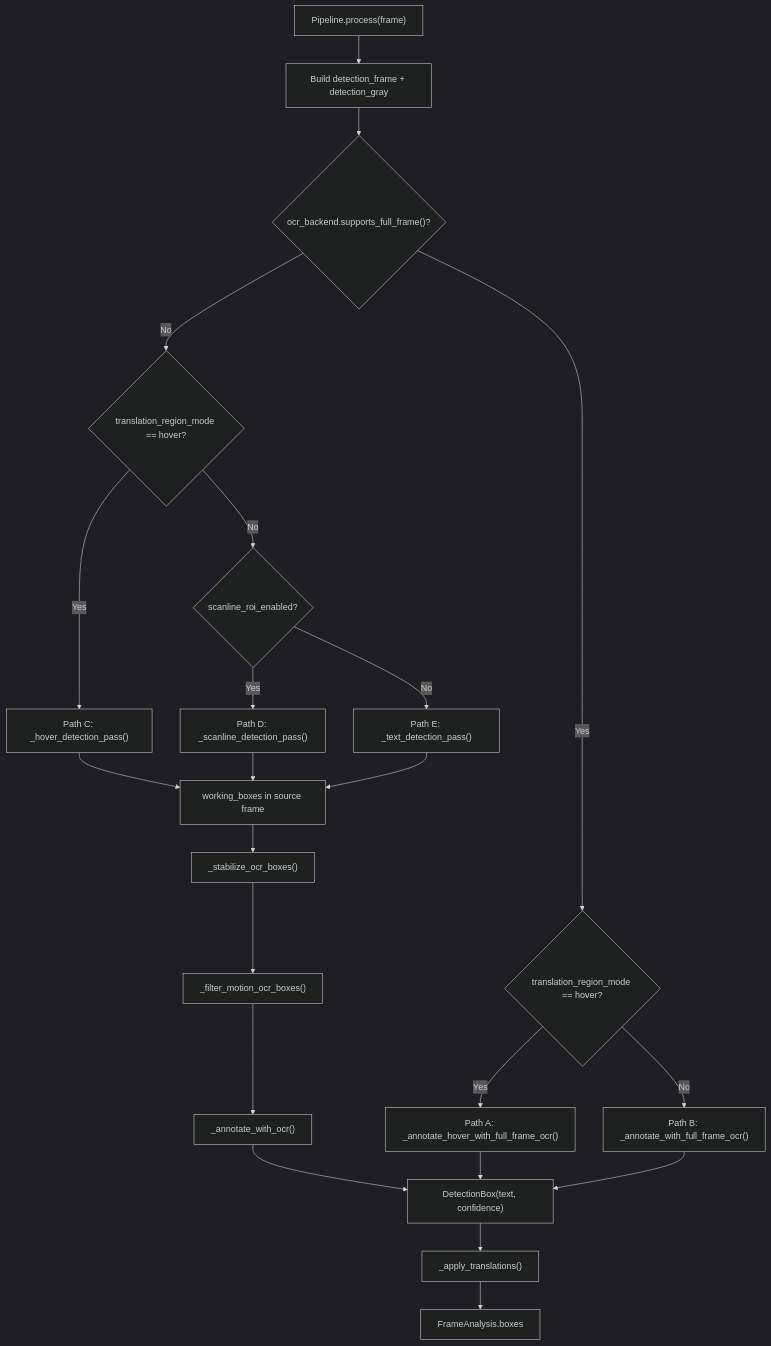
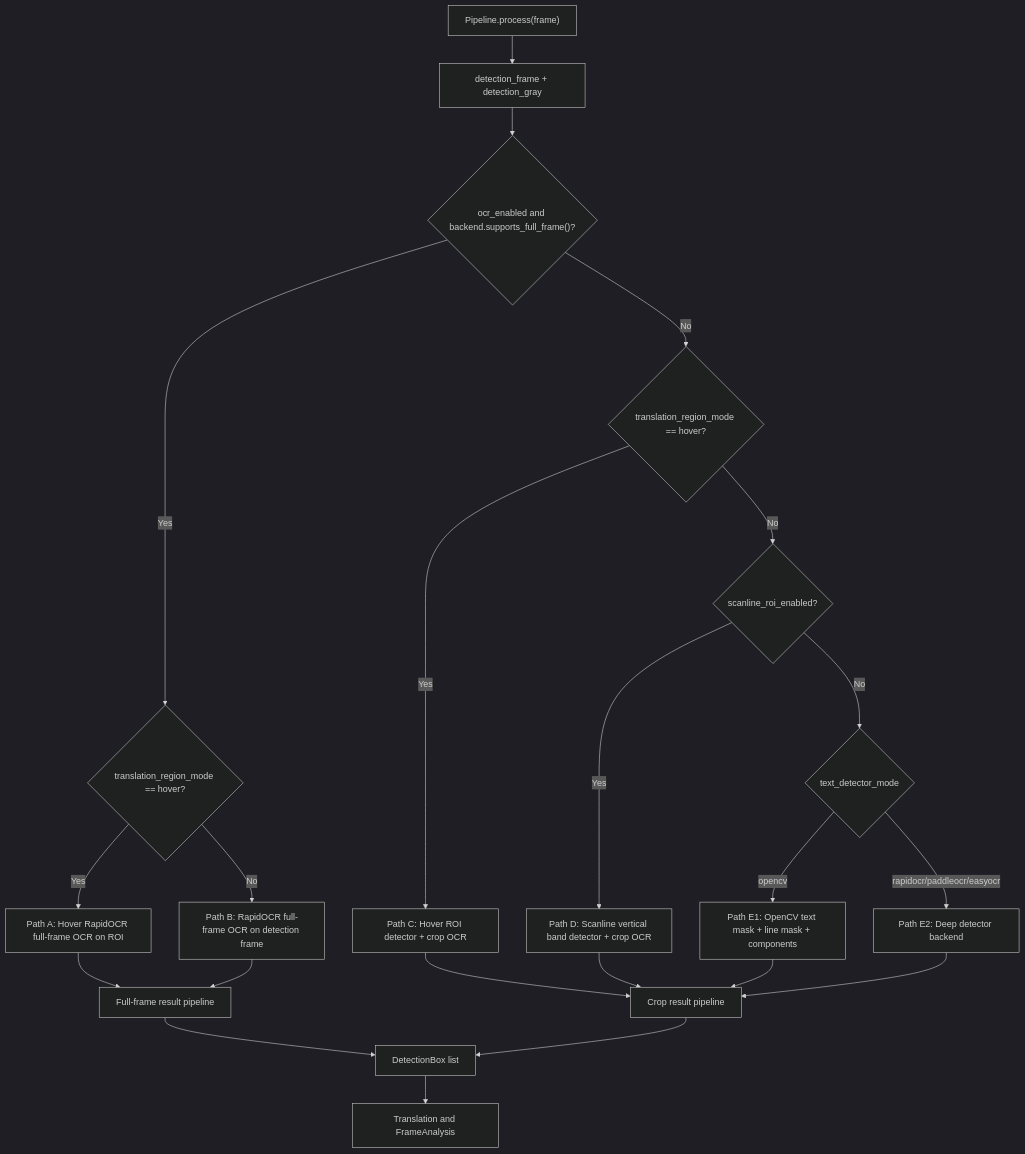
The second of 9 diagrams in PIPELINE_MERMAID.md (BU-Pacharapol-Ardsang/ScreenLens-Detection), drawn with Mermaid (dark theme) before and after one commit. The commit also changed other lines of this file and 4 other files, not shown here.

````diff
--- a/PIPELINE_MERMAID.md
+++ b/PIPELINE_MERMAID.md
@@ -90,30 +88,29 @@
 ```mermaid
 flowchart TD
-    A["Pipeline.process(frame)"] --> B["Build detection_frame + detection_gray"]
-    B --> C{"ocr_backend.supports_full_frame()?"}
+    A["Pipeline.process(frame)"] --> B["detection_frame + detection_gray"]
+    B --> C{"ocr_enabled and backend.supports_full_frame()?"}
 
     C -->|Yes| D{"translation_region_mode == hover?"}
-    D -->|Yes| E["Path A: _annotate_hover_with_full_frame_ocr()"]
-    D -->|No| F["Path B: _annotate_with_full_frame_ocr()"]
+    D -->|Yes| E["Path A: Hover RapidOCR full-frame OCR on ROI"]
+    D -->|No| F["Path B: RapidOCR full-frame OCR on detection frame"]
 
     C -->|No| G{"translation_region_mode == hover?"}
-    G -->|Yes| H["Path C: _hover_detection_pass()"]
+    G -->|Yes| H["Path C: Hover ROI detector + crop OCR"]
     G -->|No| I{"scanline_roi_enabled?"}
-    I -->|Yes| J["Path D: _scanline_detection_pass()"]
-    I -->|No| K["Path E: _text_detection_pass()"]
+    I -->|Yes| J["Path D: Scanline vertical band detector + crop OCR"]
+    I -->|No| K{"text_detector_mode"}
 
-    H --> L["working_boxes in source frame"]
-    J --> L
-    K --> L
+    K -->|opencv| L["Path E1: OpenCV text mask + line mask + components"]
+    K -->|rapidocr/paddleocr/easyocr| M["Path E2: Deep detector backend"]
 
-    L --> M["_stabilize_ocr_boxes()"]
-    M --> N["_filter_motion_ocr_boxes()"]
-    N --> O["_annotate_with_ocr()"]
-    O --> P["DetectionBox(text, confidence)"]
+    E --> N["Full-frame result pipeline"]
+    F --> N
+    H --> O["Crop result pipeline"]
+    J --> O
+    L --> O
+    M --> O
 
-    E --> P
-    F --> P
-
-    P --> Q["_apply_translations()"]
-    Q --> R["FrameAnalysis.boxes"]
+    N --> P["DetectionBox list"]
+    O --> P
+    P --> Q["Translation and FrameAnalysis"]
 ```
````
